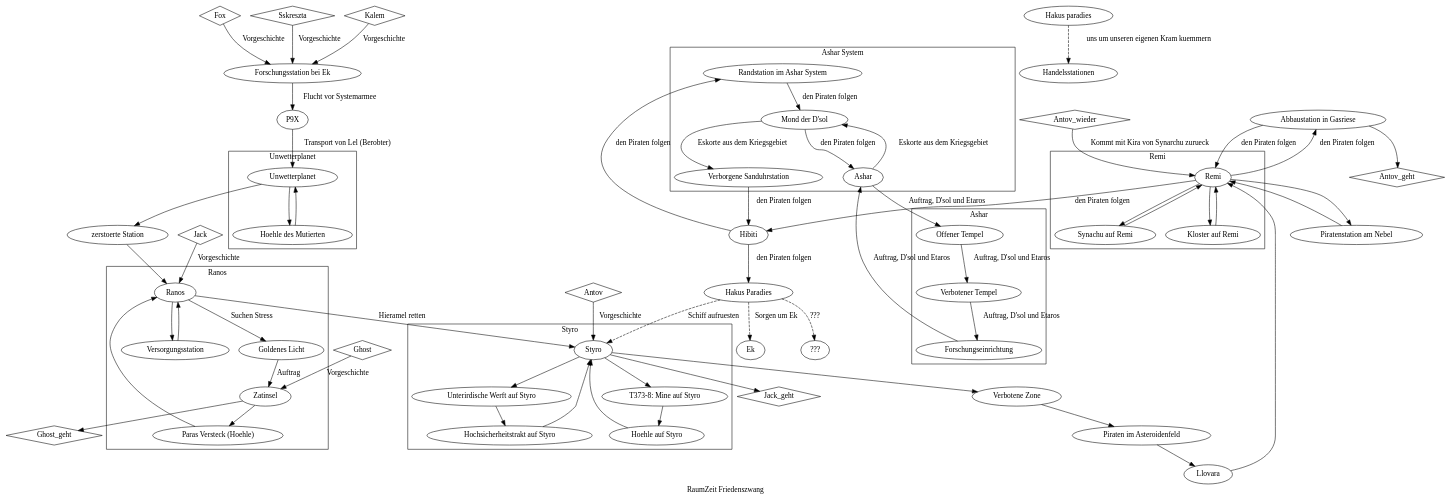
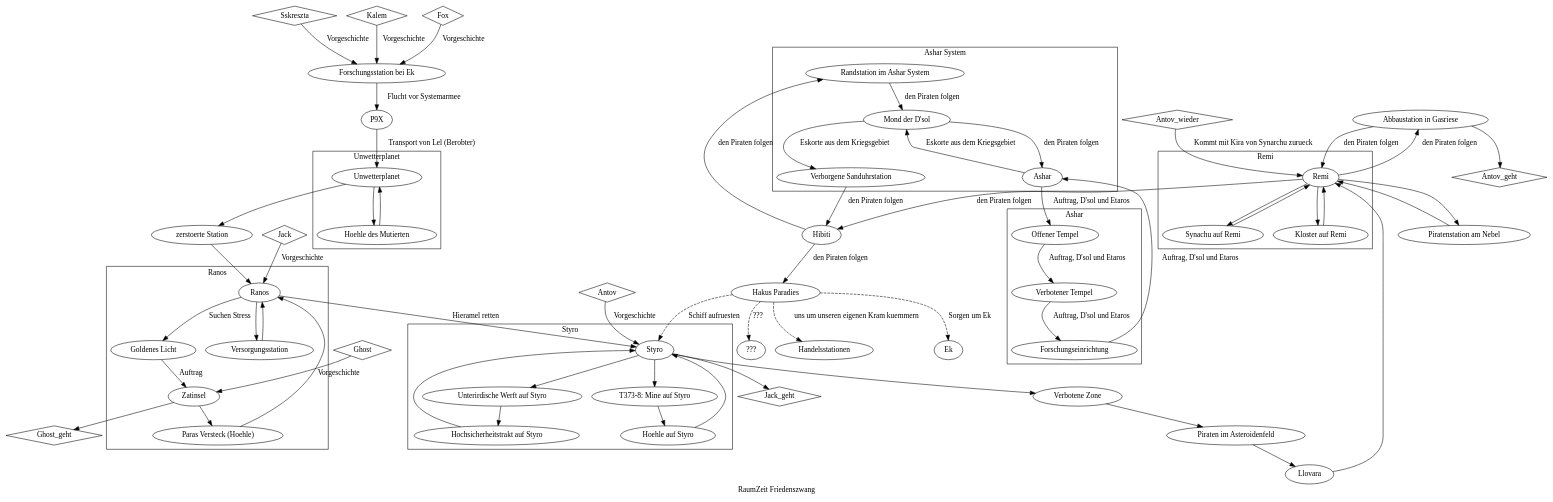
The diagram in RaumZeit/Charaktere/Sskreszta/stationen_unserer_reise.dot (vaibhav-gupt/Hg), drawn with Graphviz before and after one commit.

```diff
--- a/RaumZeit/Charaktere/Sskreszta/stationen_unserer_reise.dot
+++ b/RaumZeit/Charaktere/Sskreszta/stationen_unserer_reise.dot
@@ -1,100 +1,100 @@
 digraph G {
     name = "RaumZeit Friedenszwang"
     label = "RaumZeit Friedenszwang"
     // Personen
     node [shape="diamond"] Sskreszta; Kalem; Fox; Jack; Jack_geht; Ghost; Ghost_geht; Antov; Antov_geht; Antov_wieder
     
     node [shape=""]
     // dazugestoßen 
     edge [label="Vorgeschichte"]
     Sskreszta -> "Forschungsstation bei Ek"
     Kalem -> "Forschungsstation bei Ek"
     Fox -> "Forschungsstation bei Ek"
     Jack -> Ranos
     Ghost -> Zatinsel 
     Antov -> Styro
     edge [label=""]
     
     // verlassen
     Zatinsel -> Ghost_geht
     Styro -> Jack_geht
     "Abbaustation in Gasriese" -> Antov_geht
 
     // wiedergekommen
     edge [label="Kommt mit Kira von Synarchu zurueck"]
     Antov_wieder -> Remi
     
     // Der Weg
     edge [label=""]
     edge [label="Flucht vor Systemarmee"] "Forschungsstation bei Ek" -> P9X 
     edge [label="Transport von Lel (Berobter)"] P9X -> Unwetterplanet
     edge [label=""]
     Unwetterplanet -> "zerstoerte Station" -> Ranos
     
     edge [label="Hieramel retten"]
     Ranos -> Styro 
     
     edge [label=""]
     Styro -> "Verbotene Zone" -> "Piraten im Asteroidenfeld" -> Llovara -> Remi -> "Piratenstation am Nebel" -> Remi
 
     edge [label="den Piraten folgen"] Remi -> "Abbaustation in Gasriese" -> Remi
     Remi -> "Hibiti" -> "Randstation im Ashar System"
 
     edge [label="den Piraten folgen"] "Verborgene Sanduhrstation" -> "Hibiti"
     edge [label="den Piraten folgen"] "Hibiti" -> "Hakus Paradies"
     
     // Wie es weitergehen koennte. 
     edge [style="dashed"]
-    edge [label="uns um unseren eigenen Kram kuemmern"] "Hakus paradies" -> "Handelsstationen"
+    edge [label="uns um unseren eigenen Kram kuemmern"] "Hakus Paradies" -> "Handelsstationen"
     edge [label="Sorgen um Ek"] "Hakus Paradies" -> Ek
     edge [label="Schiff aufruesten"] "Hakus Paradies" -> Styro
     edge [label="???"] "Hakus Paradies" -> "???"
     
     edge [label="" style=""]
     // Beschreibungen
         
         // Ereignisse auf dem Unwetterplaneten
         subgraph cluster0 {
             name = Unwetterplanet
             label = Unwetterplanet
             Unwetterplanet -> "Hoehle des Mutierten" -> Unwetterplanet
         }
         
         // Ereignisse in Ranos
         subgraph cluster1 {
             name = Ranos
             label = Ranos
             edge [label="Suchen Stress"]Ranos -> "Goldenes Licht"
             edge [label="Auftrag"] "Goldenes Licht" -> Zatinsel
             edge [label=""] Zatinsel -> "Paras Versteck (Hoehle)" -> Ranos -> Versorgungsstation -> Ranos
         }
         
         // Ereignisse in Styro
         subgraph cluster2 {
             name = Styro
             label = Styro
             Styro -> "T373-8: Mine auf Styro" ->  "Hoehle auf Styro" -> Styro -> "Unterirdische Werft auf Styro" -> "Hochsicherheitstrakt auf Styro" -> Styro 
         }
         
         // Ereignisse auf Remi
         subgraph cluster3 { 
             name = Remi
             label = Remi
             Remi -> "Synachu auf Remi" -> Remi -> "Kloster auf Remi" -> Remi
         }
 
         // Ereignisse bei Ashar
         subgraph cluster4 { 
             name = "Ashar System"
             label = "Ashar System"
             edge [label="den Piraten folgen"] "Randstation im Ashar System" -> "Mond der D'sol" -> "Ashar" 
             edge [label="Eskorte aus dem Kriegsgebiet"] Ashar -> "Mond der D'sol" -> "Verborgene Sanduhrstation"
         }
 
         // Ereignisse auf Ashar
         subgraph cluster5 { 
             name = "Ashar"
             label = "Ashar"
             edge [label="Auftrag, D'sol und Etaros"] Ashar -> "Offener Tempel" -> "Verbotener Tempel" -> Forschungseinrichtung -> Ashar
         }
 }
```
